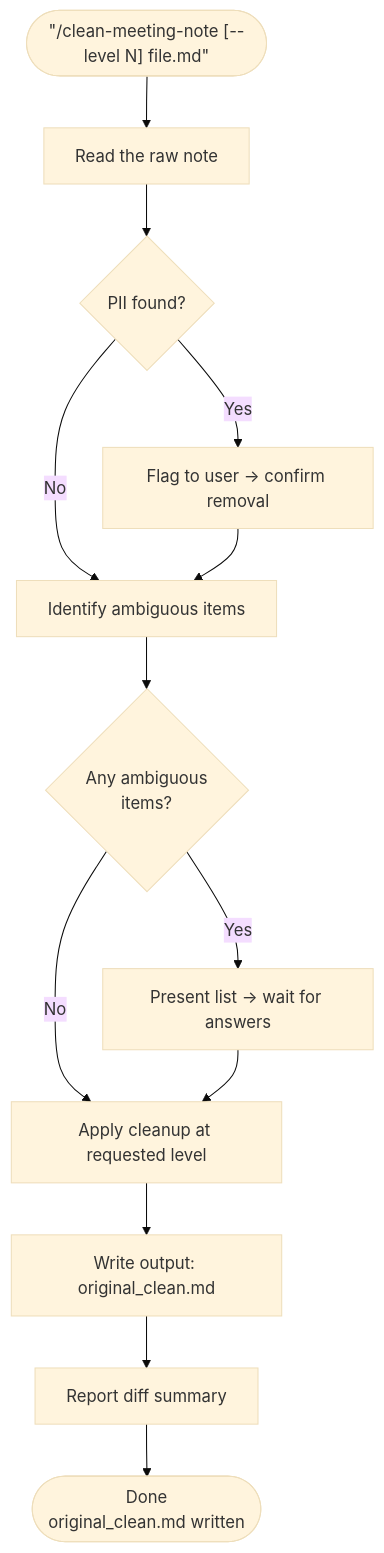
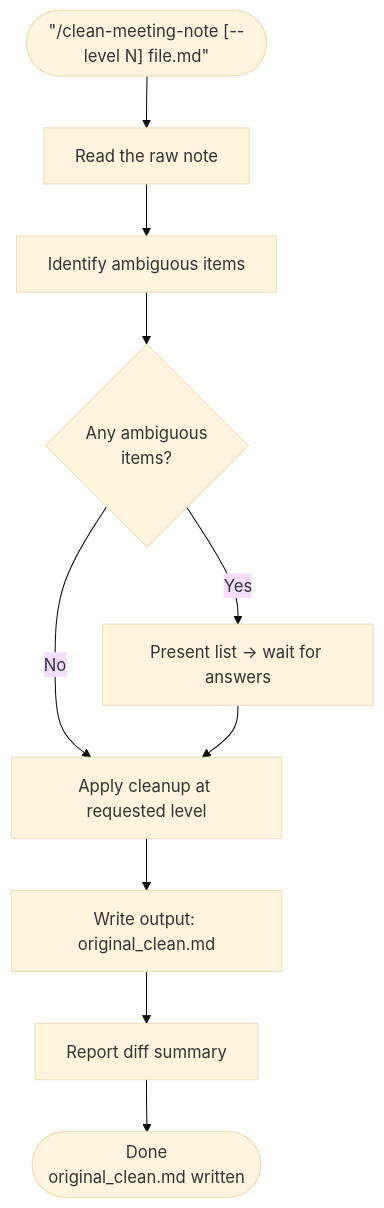
Before and after one commit to biomystery/claude-skills: the diagram in clean-meeting-note/README.md, drawn with Mermaid (base theme). The commit also changed other lines of this file and 1 other file, not shown here.

Commit message:
clean-meeting-note: remove PII scan step
Skill cleans structure and resolves ambiguous content via HITL — no PII scanning step.

````diff
--- a/clean-meeting-note/README.md
+++ b/clean-meeting-note/README.md
@@ -23,27 +22,22 @@
 ```mermaid
 flowchart TD
     A(["#quot;/clean-meeting-note [--level N] file.md#quot;"])
     B["Read the raw note"]
-    C{"PII found?"}
-    D["Flag to user → confirm removal"]
-    E["Identify ambiguous items"]
-    F{"Any ambiguous\nitems?"}
-    G["Present list → wait for answers"]
-    H["Apply cleanup at requested level"]
-    I["Write output: original_clean.md"]
-    J["Report diff summary"]
-    K(["Done\noriginal_clean.md written"])
+    C["Identify ambiguous items"]
+    D{"Any ambiguous\nitems?"}
+    E["Present list → wait for answers"]
+    F["Apply cleanup at requested level"]
+    G["Write output: original_clean.md"]
+    H["Report diff summary"]
+    I(["Done\noriginal_clean.md written"])
 
     A --> B
     B --> C
-    C -->|Yes| D
-    C -->|No| E
-    D --> E
+    C --> D
+    D -->|Yes| E
+    D -->|No| F
     E --> F
-    F -->|Yes| G
-    F -->|No| H
+    F --> G
     G --> H
     H --> I
-    I --> J
-    J --> K
 ```
````
